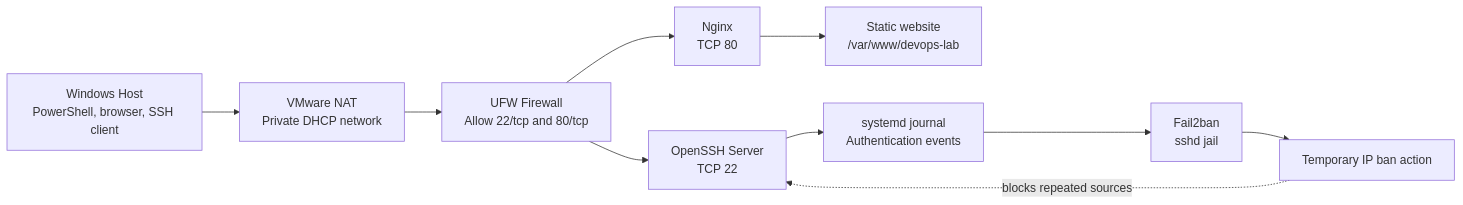
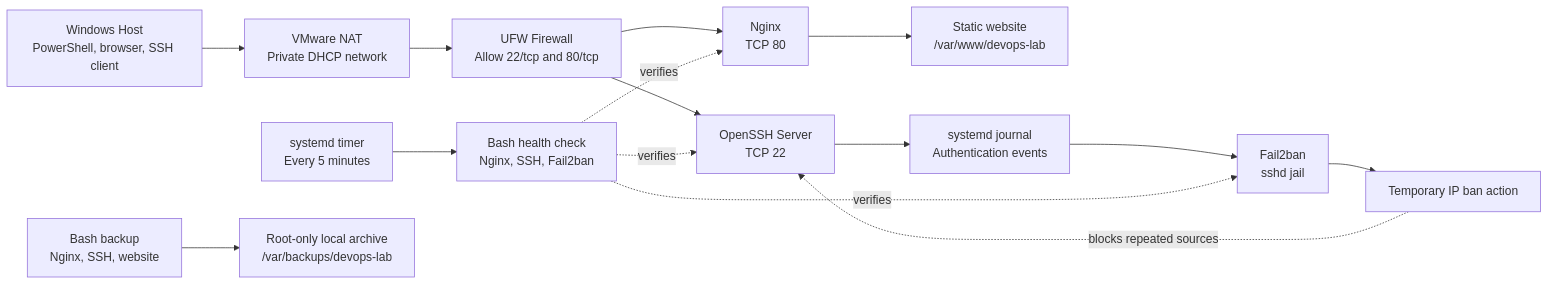
One commit to yagizder/production-linux-web-server changed the diagram in README.md. Above: the diagram before and after it, drawn with Mermaid. The commit also changed other lines of this file and 14 other files, not shown here.

Commit message:
Add Bash server automation lab

````diff
--- a/README.md
+++ b/README.md
@@ -32,18 +36,27 @@
 ```mermaid
 flowchart LR
     Host["Windows Host<br/>PowerShell, browser, SSH client"]
     NAT["VMware NAT<br/>Private DHCP network"]
     UFW["UFW Firewall<br/>Allow 22/tcp and 80/tcp"]
     SSH["OpenSSH Server<br/>TCP 22"]
     Nginx["Nginx<br/>TCP 80"]
     Site["Static website<br/>/var/www/devops-lab"]
     Journal["systemd journal<br/>Authentication events"]
     F2B["Fail2ban<br/>sshd jail"]
     Ban["Temporary IP ban action"]
+    Timer["systemd timer<br/>Every 5 minutes"]
+    Health["Bash health check<br/>Nginx, SSH, Fail2ban"]
+    Backup["Bash backup<br/>Nginx, SSH, website"]
+    Archive["Root-only local archive<br/>/var/backups/devops-lab"]
 
     Host --> NAT --> UFW
     UFW --> SSH
     UFW --> Nginx --> Site
     SSH --> Journal --> F2B --> Ban
     Ban -. blocks repeated sources .-> SSH
+    Timer --> Health
+    Health -. verifies .-> SSH
+    Health -. verifies .-> Nginx
+    Health -. verifies .-> F2B
+    Backup --> Archive
 ```
````
